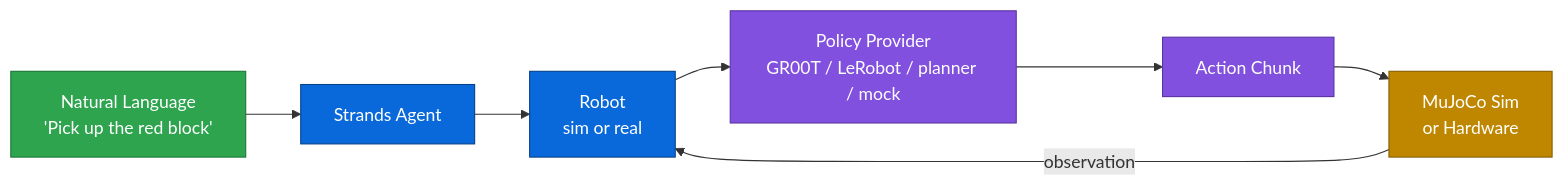
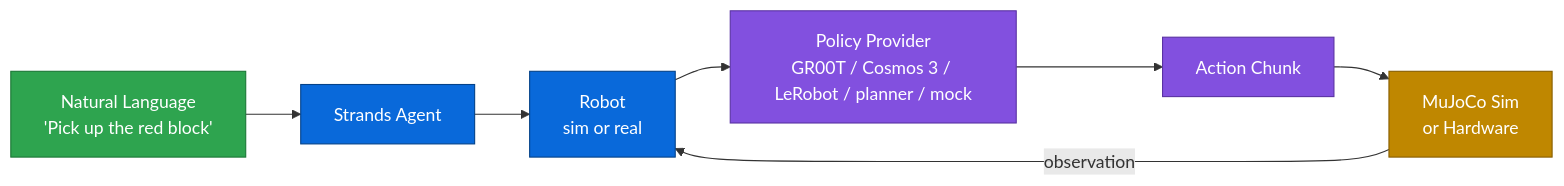
One commit to Vivek0712/robots changed the first of 2 diagrams in README.md. Above: the diagram before and after it, drawn with Mermaid. The commit also changed other lines of this file, not shown here.

First line of the commit message:
docs(readme): list Cosmos 3 provider in the summary tables (#957)

````diff
--- a/README.md
+++ b/README.md
@@ -128,19 +128,19 @@
 ```mermaid
 graph LR
     A[Natural Language<br/>'Pick up the red block'] --> B[Strands Agent]
     B --> C[Robot<br/>sim or real]
-    C --> D[Policy Provider<br/>GR00T / LeRobot / planner / mock]
+    C --> D[Policy Provider<br/>GR00T / Cosmos 3 / LeRobot / planner / mock]
     D --> E[Action Chunk]
     E --> F[MuJoCo Sim<br/>or Hardware]
     F -->|observation| C
 
     classDef input fill:#2ea44f,stroke:#1b7735,color:#fff
     classDef agent fill:#0969da,stroke:#044289,color:#fff
     classDef policy fill:#8250df,stroke:#5a32a3,color:#fff
     classDef hardware fill:#bf8700,stroke:#875e00,color:#fff
 
     class A input
     class B,C agent
     class D,E policy
     class F hardware
 ```
````
